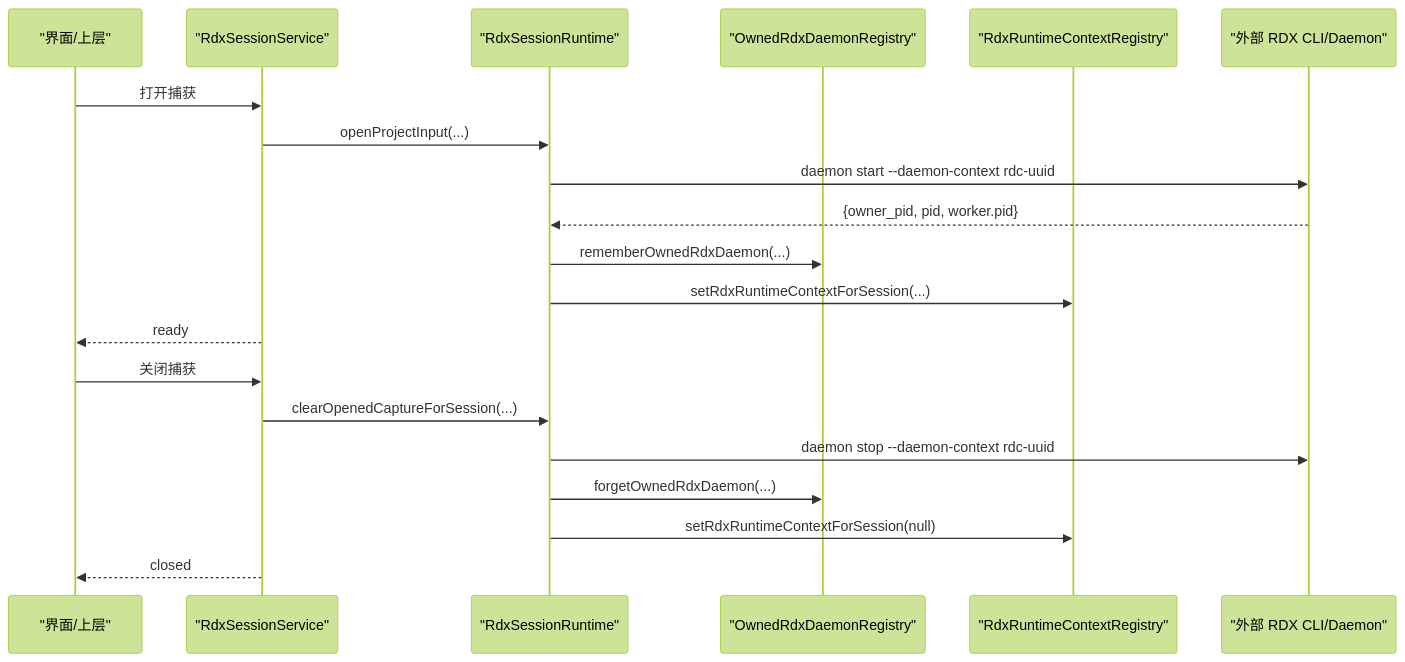
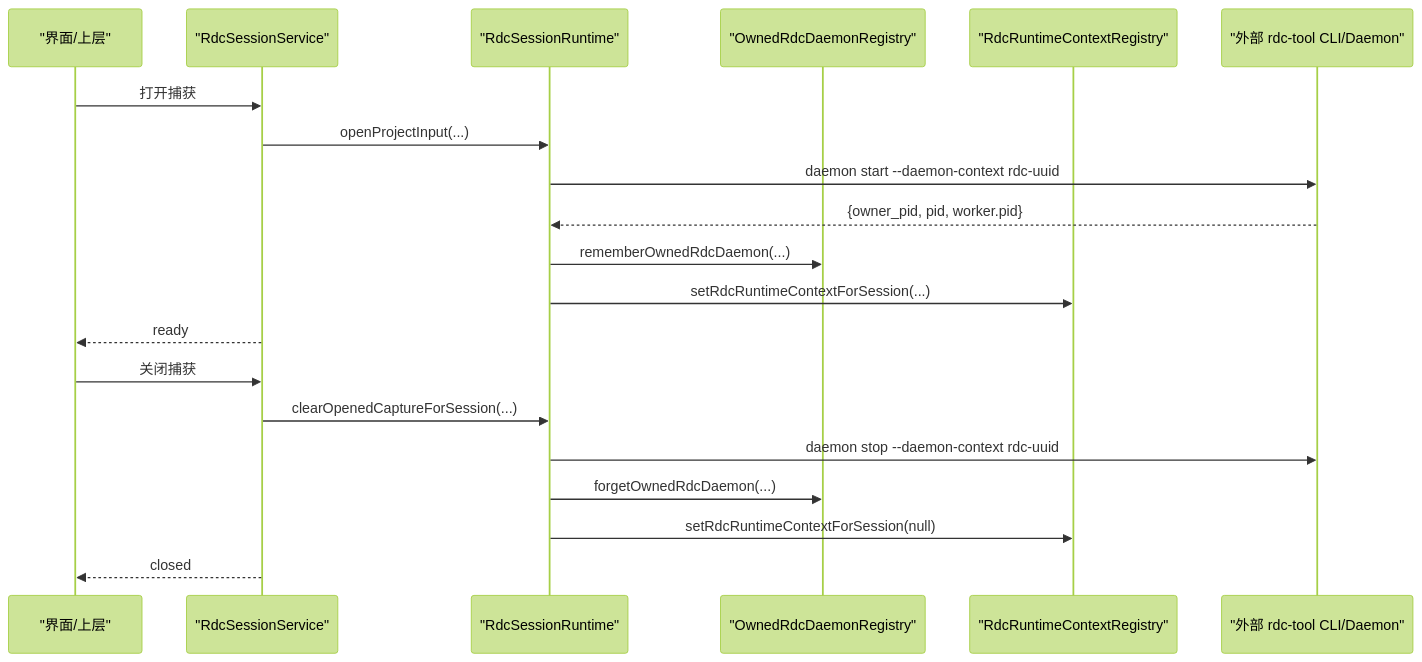
Before and after one commit to haolange/RDC-Agent: the second of 7 diagrams in .qoder/repowiki/zh/content/核心模块/会话管理系统/RDX 守护进程所有权注册表.md, drawn with Mermaid (forest theme). The commit also changed other lines of this file and 557 other files, not shown here.

First line of the commit message:
Unify RDC-Agent identity and canonical RDC-Tool integration

````diff
--- a/.qoder/repowiki/zh/content/核心模块/会话管理系统/RDX 守护进程所有权注册表.md
+++ b/.qoder/repowiki/zh/content/核心模块/会话管理系统/RDX 守护进程所有权注册表.md
@@ -89,22 +89,22 @@
 ```mermaid
 sequenceDiagram
 participant UI as "界面/上层"
-participant Svc as "RdxSessionService"
-participant RT as "RdxSessionRuntime"
-participant Reg as "OwnedRdxDaemonRegistry"
-participant Lease as "RdxRuntimeContextRegistry"
-participant CLI as "外部 RDX CLI/Daemon"
+participant Svc as "RdcSessionService"
+participant RT as "RdcSessionRuntime"
+participant Reg as "OwnedRdcDaemonRegistry"
+participant Lease as "RdcRuntimeContextRegistry"
+participant CLI as "外部 rdc-tool CLI/Daemon"
 UI->>Svc : 打开捕获
 Svc->>RT : openProjectInput(...)
 RT->>CLI : daemon start --daemon-context rdc-uuid
 CLI-->>RT : {owner_pid, pid, worker.pid}
-RT->>Reg : rememberOwnedRdxDaemon(...)
-RT->>Lease : setRdxRuntimeContextForSession(...)
+RT->>Reg : rememberOwnedRdcDaemon(...)
+RT->>Lease : setRdcRuntimeContextForSession(...)
 Svc-->>UI : ready
 UI->>Svc : 关闭捕获
 Svc->>RT : clearOpenedCaptureForSession(...)
 RT->>CLI : daemon stop --daemon-context rdc-uuid
-RT->>Reg : forgetOwnedRdxDaemon(...)
-RT->>Lease : setRdxRuntimeContextForSession(null)
+RT->>Reg : forgetOwnedRdcDaemon(...)
+RT->>Lease : setRdcRuntimeContextForSession(null)
 Svc-->>UI : closed
 ```
````
